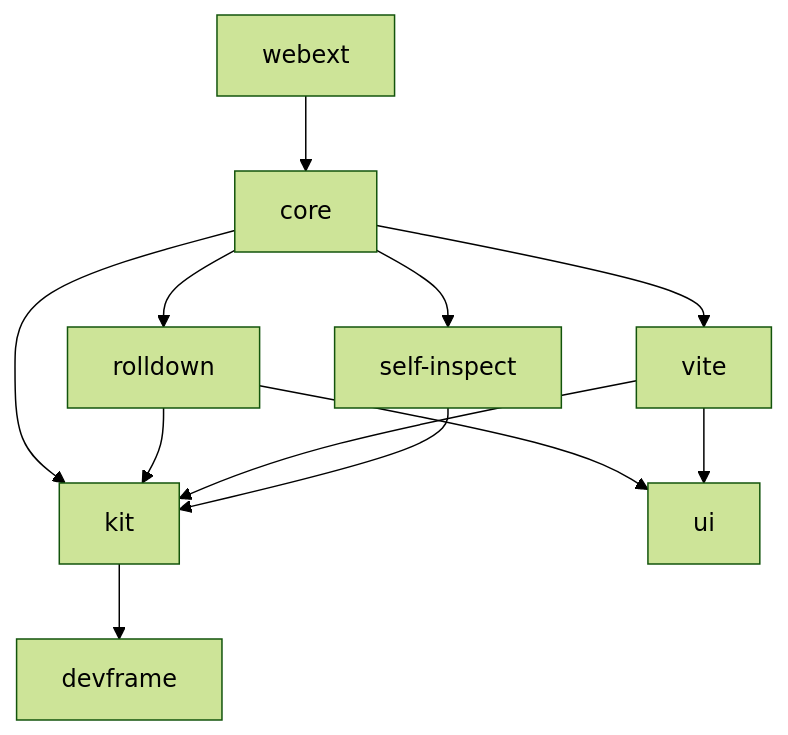
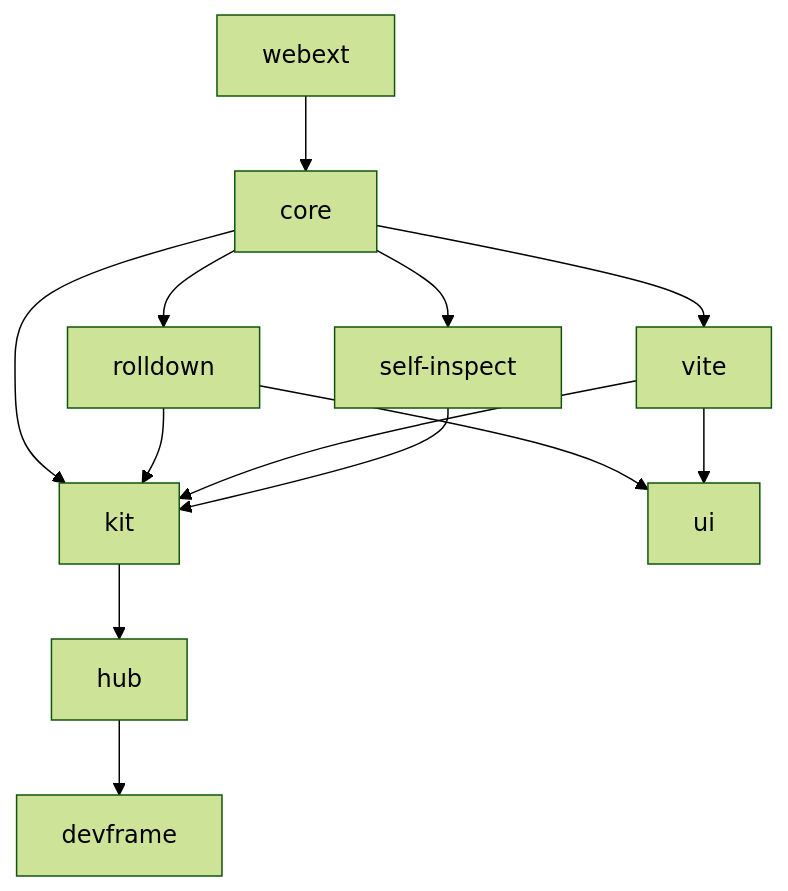
The diagram in AGENTS.md (vitejs/devtools), drawn with Mermaid (forest theme) before and after one commit. The commit also changed other lines of this file and 57 other files, not shown here.

Commit message:
feat!: migrate to devframe 0.5.2 and @devframes/hub 0.5.2 (#366)

````diff
--- a/AGENTS.md
+++ b/AGENTS.md
@@ -32,10 +33,11 @@
 ```mermaid
 flowchart TD
-  kit --> devframe
+  hub --> devframe
+  kit --> hub
   core --> kit
   core --> rolldown & vite & self-inspect
   rolldown --> kit & ui
   vite --> kit & ui
   self-inspect --> kit
   webext --> core
 ```
````
